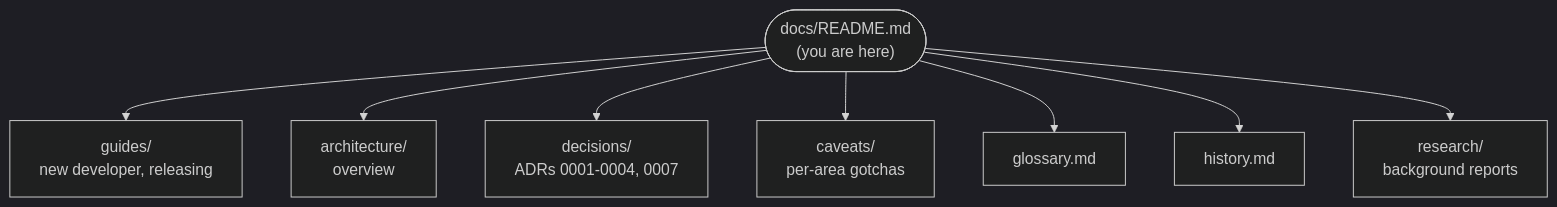
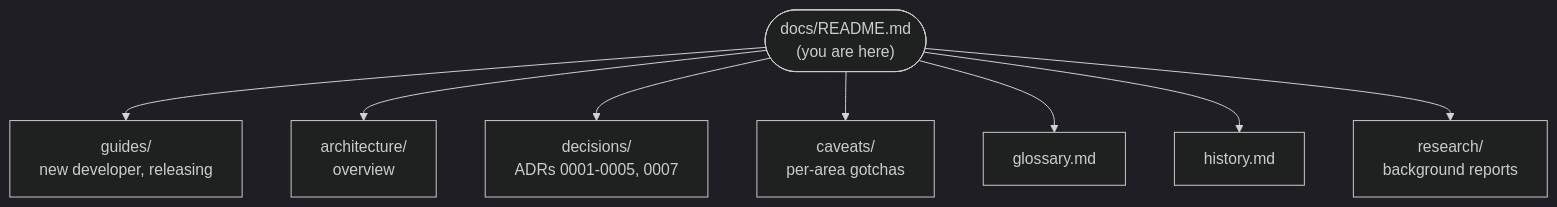
The diagram in docs/README.md (joebarbere/controls), drawn with Mermaid (dark theme) before and after one commit. The commit also changed other lines of this file and 116 other files, not shown here.

````diff
--- a/docs/README.md
+++ b/docs/README.md
@@ -5,11 +5,11 @@
 ```mermaid
 flowchart TD
     HUB(["docs/README.md<br/>(you are here)"])
     HUB --> G["guides/<br/>new developer, releasing"]
     HUB --> A["architecture/<br/>overview"]
-    HUB --> D["decisions/<br/>ADRs 0001-0004, 0007"]
+    HUB --> D["decisions/<br/>ADRs 0001-0005, 0007"]
     HUB --> C["caveats/<br/>per-area gotchas"]
     HUB --> GL["glossary.md"]
     HUB --> H["history.md"]
     HUB --> R["research/<br/>background reports"]
 ```
````
